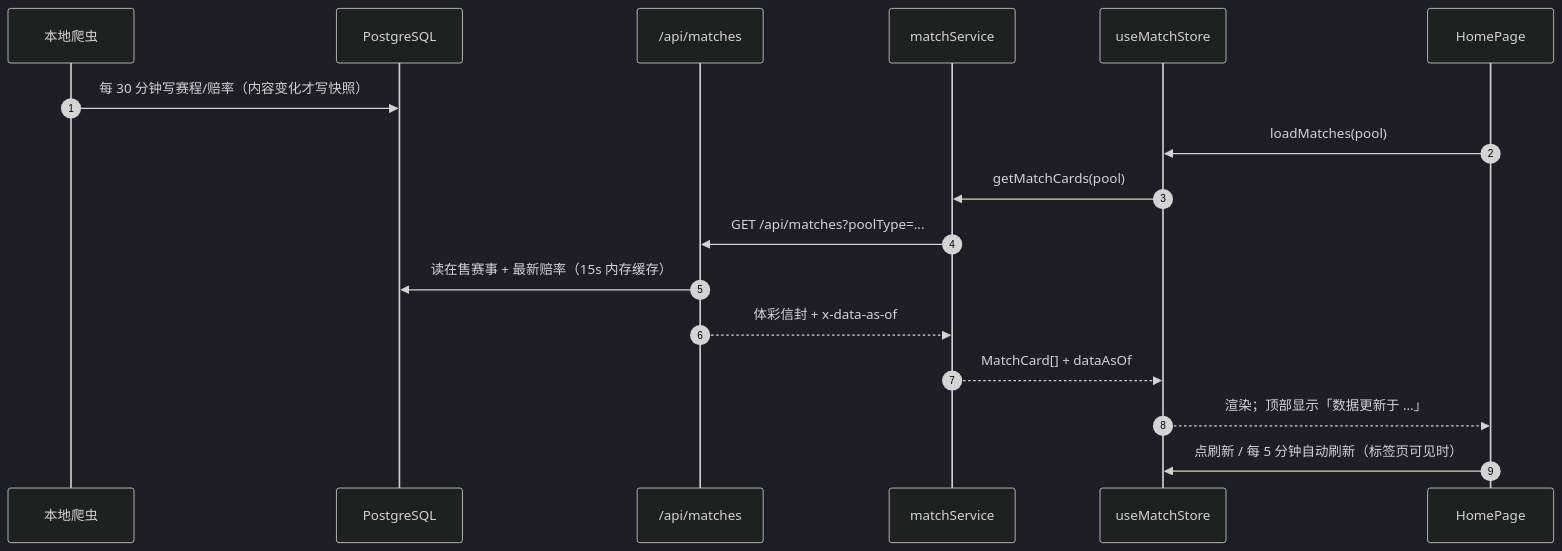
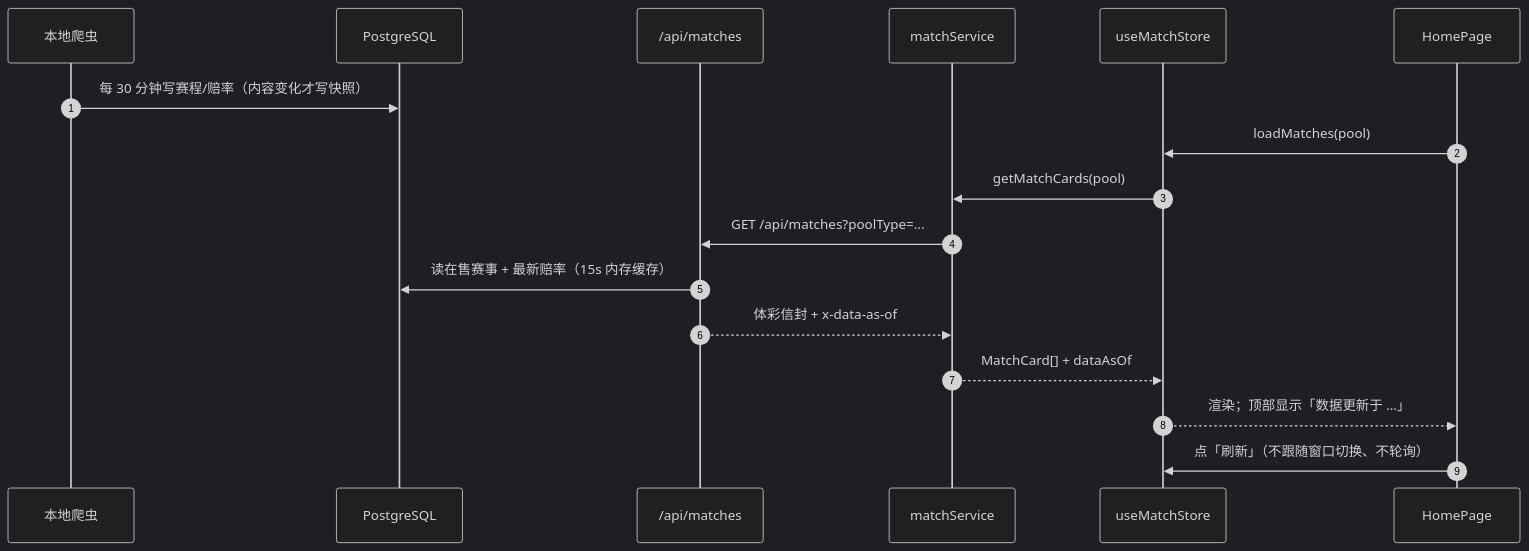
Before and after one commit to yJ2018/ticai: the third of 16 diagrams in docs/architecture.md, drawn with Mermaid (dark theme). The commit also changed other lines of this file and 3 other files, not shown here.

````diff
--- a/docs/architecture.md
+++ b/docs/architecture.md
@@ -473,20 +473,20 @@
 ```mermaid
 sequenceDiagram
   autonumber
   participant CR as 本地爬虫
   participant DB as PostgreSQL
   participant API as /api/matches
   participant SVC as matchService
   participant MS as useMatchStore
   participant HP as HomePage
 
   CR->>DB: 每 30 分钟写赛程/赔率（内容变化才写快照）
   HP->>MS: loadMatches(pool)
   MS->>SVC: getMatchCards(pool)
   SVC->>API: GET /api/matches?poolType=...
   API->>DB: 读在售赛事 + 最新赔率（15s 内存缓存）
   API-->>SVC: 体彩信封 + x-data-as-of
   SVC-->>MS: MatchCard[] + dataAsOf
   MS-->>HP: 渲染；顶部显示「数据更新于 …」
-  HP->>MS: 点刷新 / 每 5 分钟自动刷新（标签页可见时）
+  HP->>MS: 点「刷新」（不跟随窗口切换、不轮询）
 ```
````
